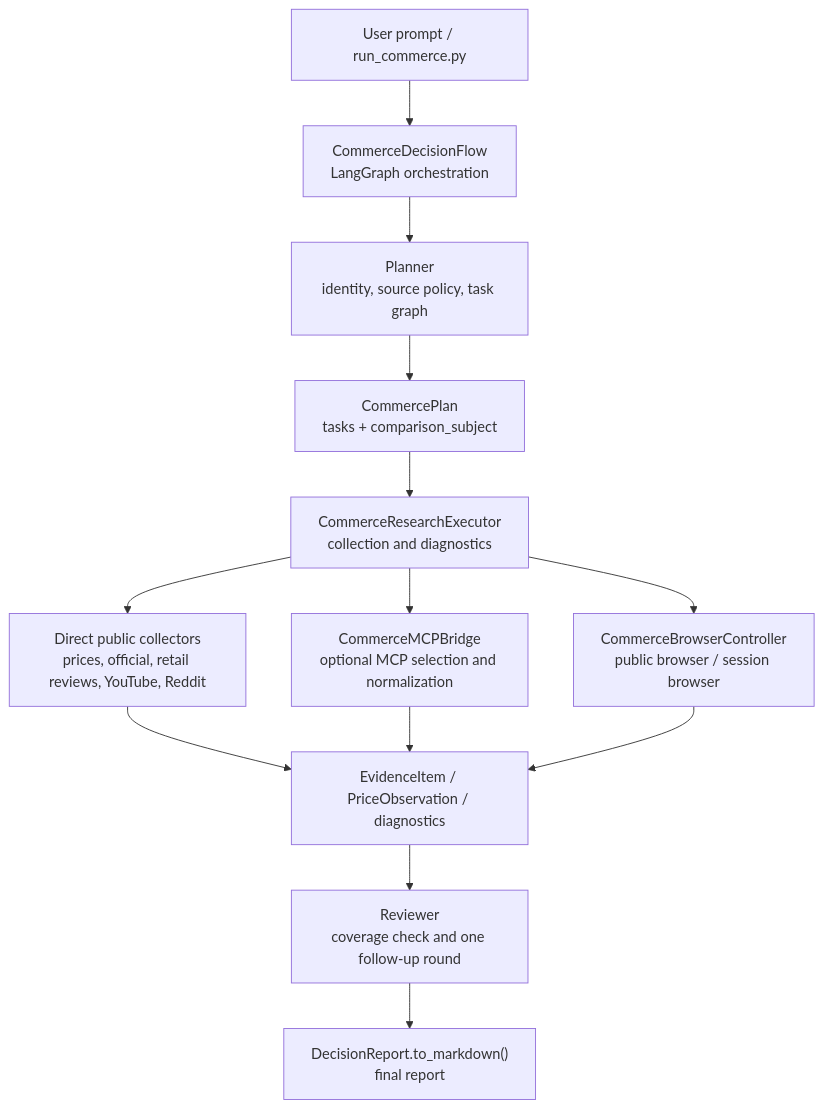
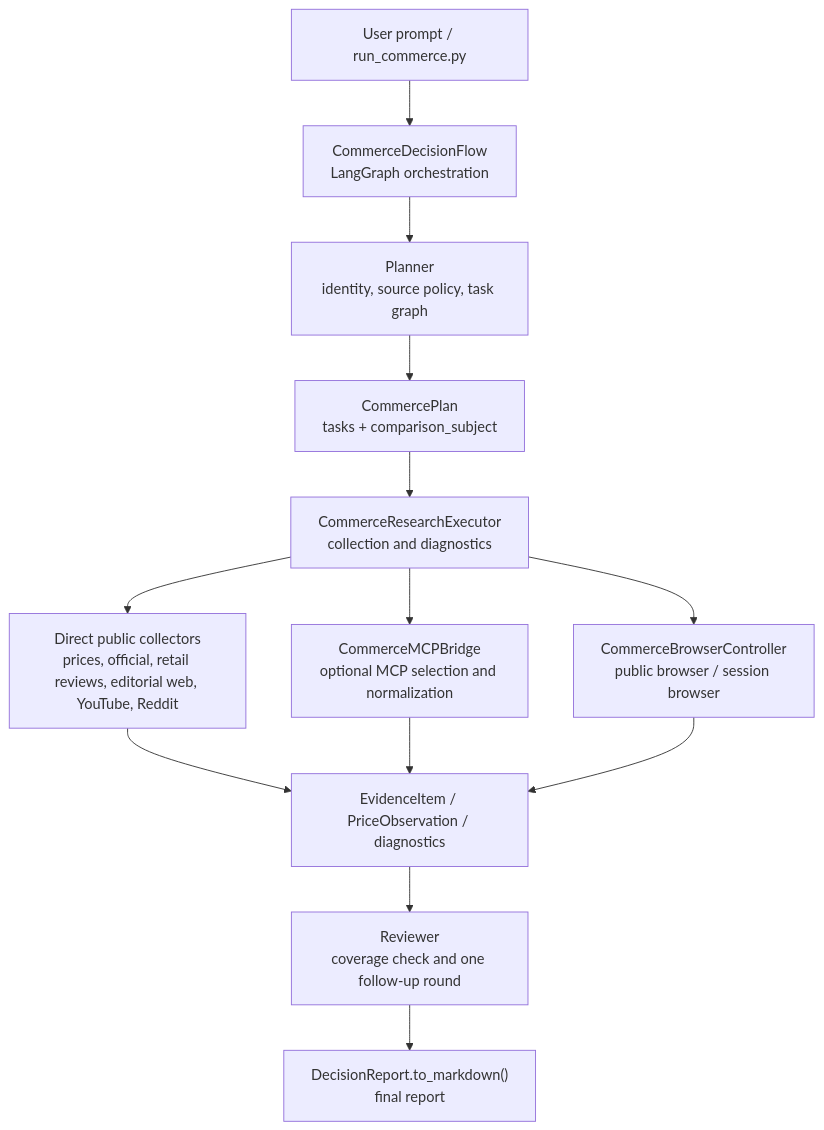
Before and after one commit to HelloAvava/WebScout: the first of 4 diagrams in docs/commerce-agent.md, drawn with Mermaid. The commit also changed other lines of this file and 10 other files, not shown here.

````diff
--- a/docs/commerce-agent.md
+++ b/docs/commerce-agent.md
@@ -20,15 +20,15 @@
 ```mermaid
 flowchart TB
   U["User prompt / run_commerce.py"] --> F["CommerceDecisionFlow<br/>LangGraph orchestration"]
   F --> P["Planner<br/>identity, source policy, task graph"]
   P --> PL["CommercePlan<br/>tasks + comparison_subject"]
   PL --> E["CommerceResearchExecutor<br/>collection and diagnostics"]
-  E --> D["Direct public collectors<br/>prices, official, retail reviews, YouTube, Reddit"]
+  E --> D["Direct public collectors<br/>prices, official, retail reviews, editorial web, YouTube, Reddit"]
   E --> M["CommerceMCPBridge<br/>optional MCP selection and normalization"]
   E --> B["CommerceBrowserController<br/>public browser / session browser"]
   D --> EV["EvidenceItem / PriceObservation / diagnostics"]
   M --> EV
   B --> EV
   EV --> R["Reviewer<br/>coverage check and one follow-up round"]
   R --> O["DecisionReport.to_markdown()<br/>final report"]
 ```
````
